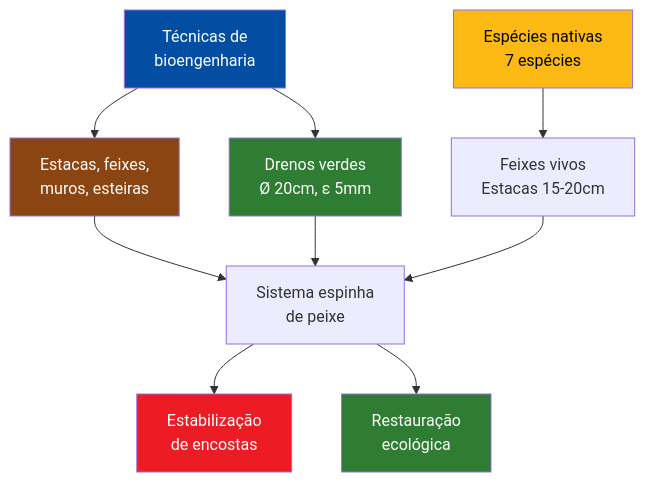
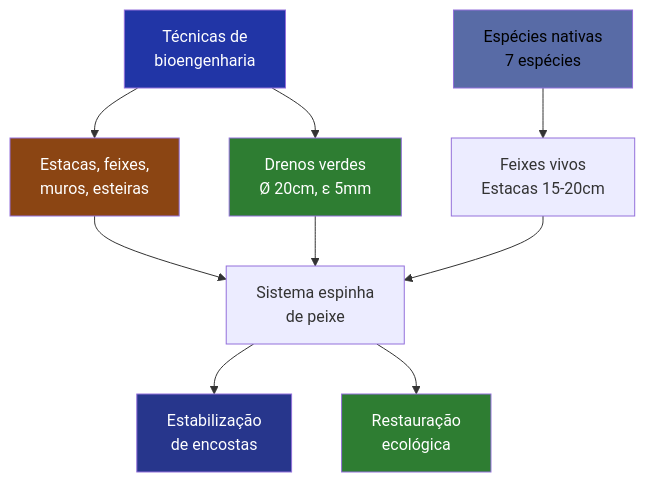
The tenth of 10 diagrams in aulas/bioengenharia_de_solos/aulas/feixes_vivos/feixes_vivos.qmd (ldvsantos/cv), drawn with Mermaid before and after one commit. The commit also changed other lines of this file and 466 other files, not shown here.

````diff
--- a/aulas/bioengenharia_de_solos/aulas/feixes_vivos/feixes_vivos.qmd
+++ b/aulas/bioengenharia_de_solos/aulas/feixes_vivos/feixes_vivos.qmd
@@ -1112,18 +1110,18 @@
 ```{mermaid}
 %%| fig-width: 5
 graph TD
     A["Técnicas de<br>bioengenharia"] --> B["Estacas, feixes,<br>muros, esteiras"]
     A --> C["Drenos verdes<br>Ø 20cm, ε 5mm"]
     D["Espécies nativas<br>7 espécies"] --> E["Feixes vivos<br>Estacas 15-20cm"]
     B --> F["Sistema espinha<br>de peixe"]
     C --> F
     E --> F
     F --> G["Estabilização<br>de encostas"]
     F --> H["Restauração<br>ecológica"]
-    style A fill:#034EA2,color:#fff
+    style A fill:#2135A6,color:#fff
     style B fill:#8B4513,color:#fff
     style C fill:#2E7D32,color:#fff
-    style D fill:#FDB913,color:#000
-    style G fill:#ED1C24,color:#fff
+    style D fill:#586BA6,color:#000
+    style G fill:#27368C,color:#fff
     style H fill:#2E7D32,color:#fff
 ```
````
